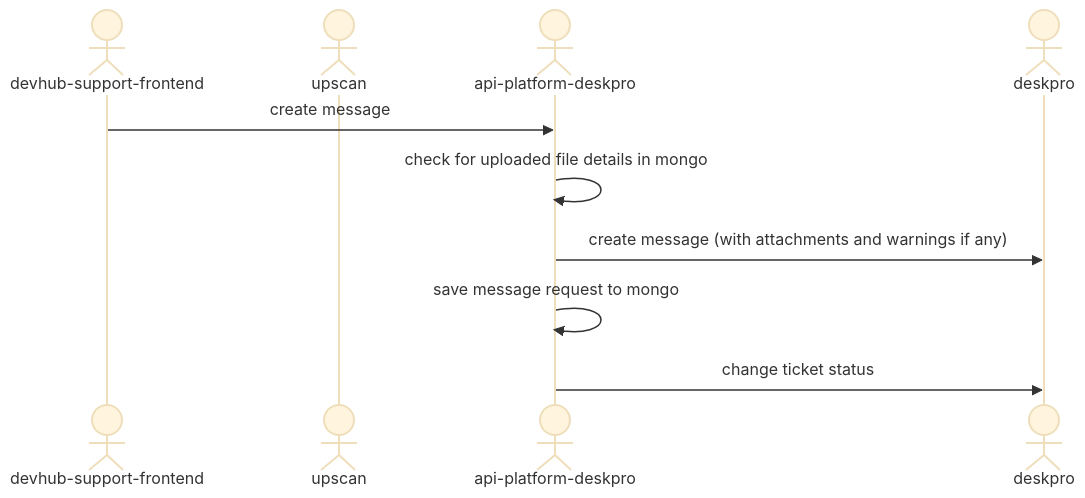
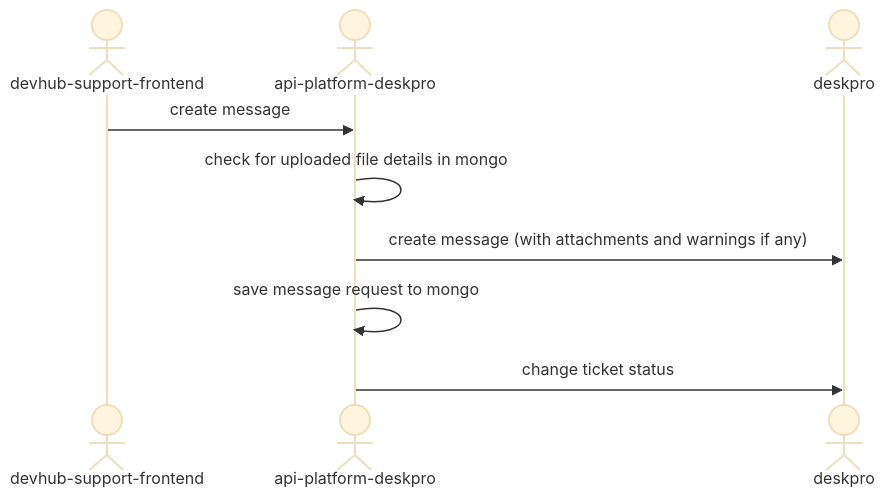
One commit to hmrc/api-platform-deskpro changed the second of 2 diagrams in README.md. Above: the diagram before and after it, drawn with Mermaid (base theme). The commit also changed other lines of this file, not shown here.

Commit message:
APIS-7882 Add sequence diagrams to readme

````diff
--- a/README.md
+++ b/README.md
@@ -94,12 +96,11 @@
 ```mermaid
 sequenceDiagram
         actor devhub-support-frontend
-        actor upscan
         actor api-platform-deskpro
         actor deskpro
         devhub-support-frontend->>api-platform-deskpro: create message
         api-platform-deskpro->>api-platform-deskpro: check for uploaded file details in mongo
         api-platform-deskpro->>deskpro: create message (with attachments and warnings if any)
         api-platform-deskpro->>api-platform-deskpro: save message request to mongo
         api-platform-deskpro->>deskpro: change ticket status
 ```
````
